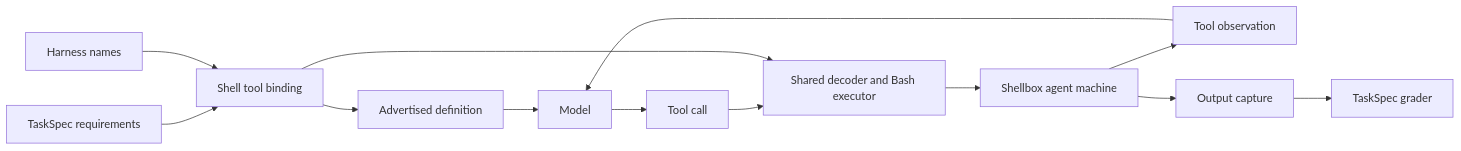
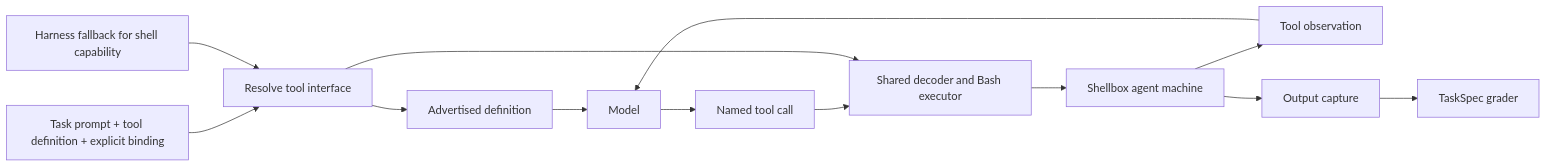
The second of 2 diagrams in docs/references/task-rollouts.md (marin-community/marin), drawn with Mermaid before and after one commit. The commit also changed other lines of this file and 11 other files, not shown here.

Commit message:
Preserve task-owned shell bindings through conversion and rollout

````diff
--- a/docs/references/task-rollouts.md
+++ b/docs/references/task-rollouts.md
@@ -109,15 +124,15 @@
 ```mermaid
 flowchart LR
-    Task[TaskSpec requirements] --> Binding[Shell tool binding]
-    Harness[Harness names] --> Binding
-    Binding --> Tools[Advertised definition]
+    Task[Task prompt + tool definition + explicit binding] --> Resolve[Resolve tool interface]
+    Harness[Harness fallback for shell capability] --> Resolve
+    Resolve --> Tools[Advertised definition]
     Tools --> Model
-    Model --> Call[Tool call]
+    Model --> Call[Named tool call]
     Call --> Execute[Shared decoder and Bash executor]
-    Binding --> Execute
+    Resolve --> Execute
     Execute --> Machine[Shellbox agent machine]
     Machine --> Observation[Tool observation]
     Observation --> Model
     Machine --> Submission[Output capture]
     Submission --> Grader[TaskSpec grader]
 ```
````
